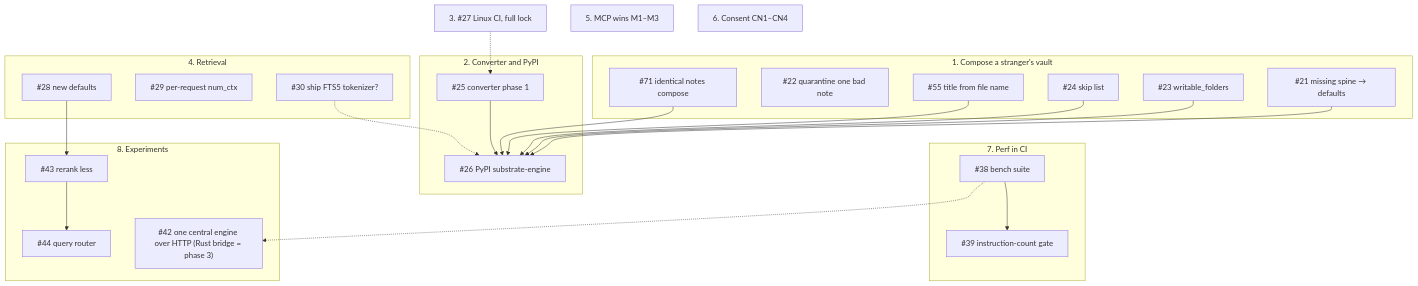
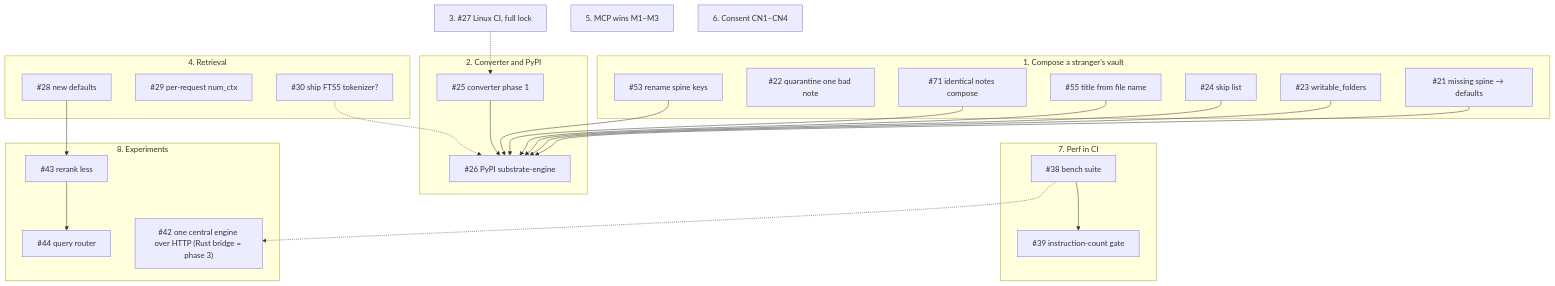
One commit to Ronan-Wood/substrate changed the diagram in ROADMAP.md. Above: the diagram before and after it, drawn with Mermaid. The commit also changed other lines of this file and 36 other files, not shown here.

````diff
--- a/ROADMAP.md
+++ b/ROADMAP.md
@@ -44,40 +44,42 @@
 ```mermaid
 flowchart TD
     subgraph pip["1. Compose a stranger's vault"]
         PB1["#21 missing spine → defaults"]
         PB2["#22 quarantine one bad note"]
         PB3["#23 writable_folders"]
         PB4["#24 skip list"]
         PB5["#55 title from file name"]
         PB8["#71 identical notes compose"]
+        PB6["#53 rename spine keys"]
     end
     subgraph pkg["2. Converter and PyPI"]
         CV1["#25 converter phase 1"]
         CV2["#26 PyPI substrate-engine"]
     end
     L1["3. #27 Linux CI, full lock"]
     subgraph ret["4. Retrieval"]
         R3["#28 new defaults"]
         R4["#29 per-request num_ctx"]
         R2["#30 ship FTS5 tokenizer?"]
     end
     M["5. MCP wins M1–M3"]
     CN["6. Consent CN1–CN4"]
     subgraph perf["7. Perf in CI"]
         P1["#38 bench suite"] --> P2["#39 instruction-count gate"]
     end
     subgraph exp["8. Experiments"]
         E4["#43 rerank less"] --> E5["#44 query router"]
         E9["#42 one central engine over HTTP (Rust bridge = phase 3)"]
     end
     PB1 --> CV2
     PB3 --> CV2
     PB4 --> CV2
     PB5 --> CV2
     PB8 --> CV2
+    PB6 --> CV2
     CV1 --> CV2
     L1 -.-> CV1
     R2 -.-> CV2
     R3 --> E4
     P1 -.-> E9
 ```
````
